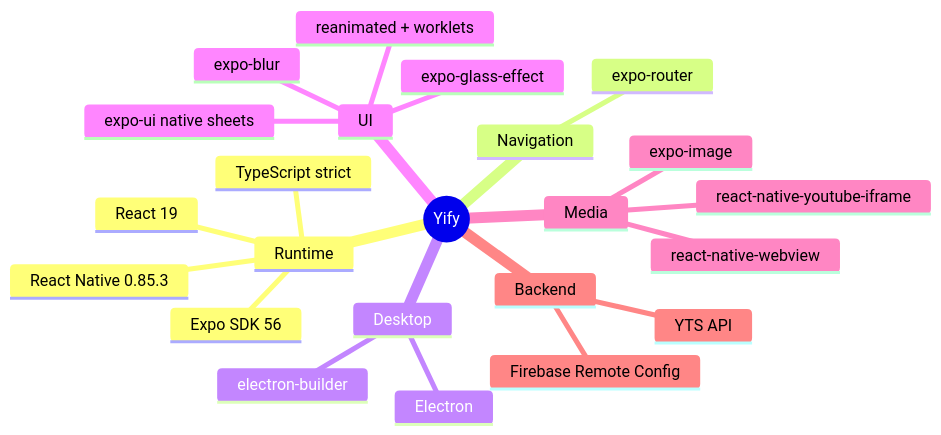
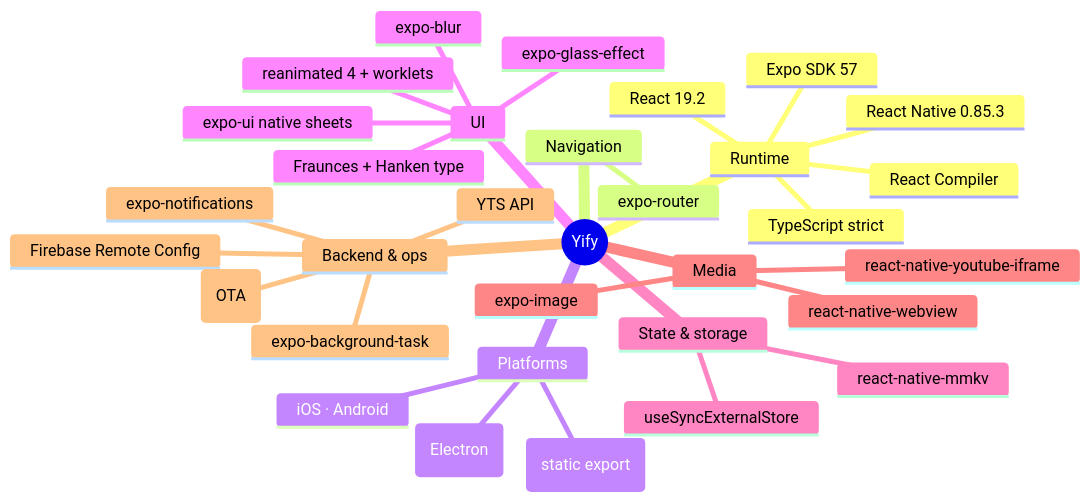
The sixth of 6 diagrams in README.md (kunal26das/yify), drawn with Mermaid before and after one commit. The commit also changed other lines of this file and 47 other files, not shown here.

````diff
--- a/README.md
+++ b/README.md
@@ -199,26 +366,35 @@
 ```mermaid
 mindmap
   root((Yify))
     Runtime
-      Expo SDK 56
+      Expo SDK 57
       React Native 0.85.3
-      React 19
+      React 19.2
       TypeScript strict
+      React Compiler
     Navigation
       expo-router
-    Desktop
-      Electron
-      electron-builder
+    Platforms
+      iOS · Android
+      Web (static export)
+      Desktop (Electron)
     UI
       expo-glass-effect
       expo-blur
-      reanimated + worklets
+      reanimated 4 + worklets
       expo-ui native sheets
+      Fraunces + Hanken type
+    State & storage
+      react-native-mmkv
+      useSyncExternalStore
     Media
       react-native-webview
       react-native-youtube-iframe
       expo-image
-    Backend
+    Backend & ops
       YTS API
       Firebase Remote Config
+      expo-notifications
+      expo-background-task
+      RevoPush CodePush (OTA)
 ```
````
